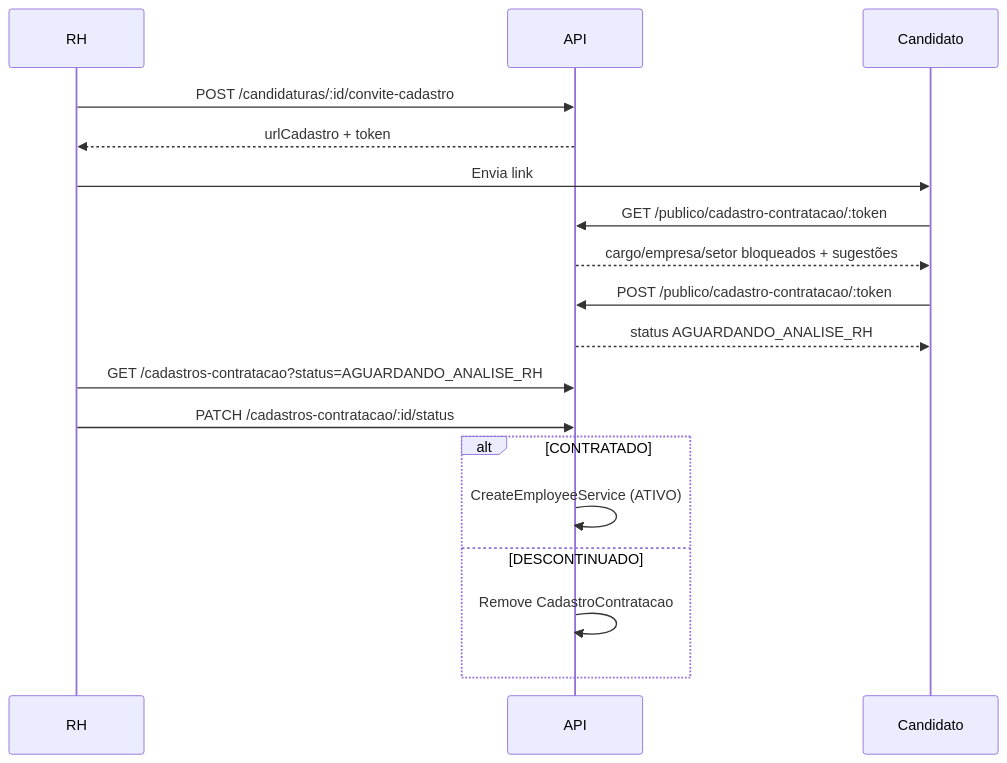
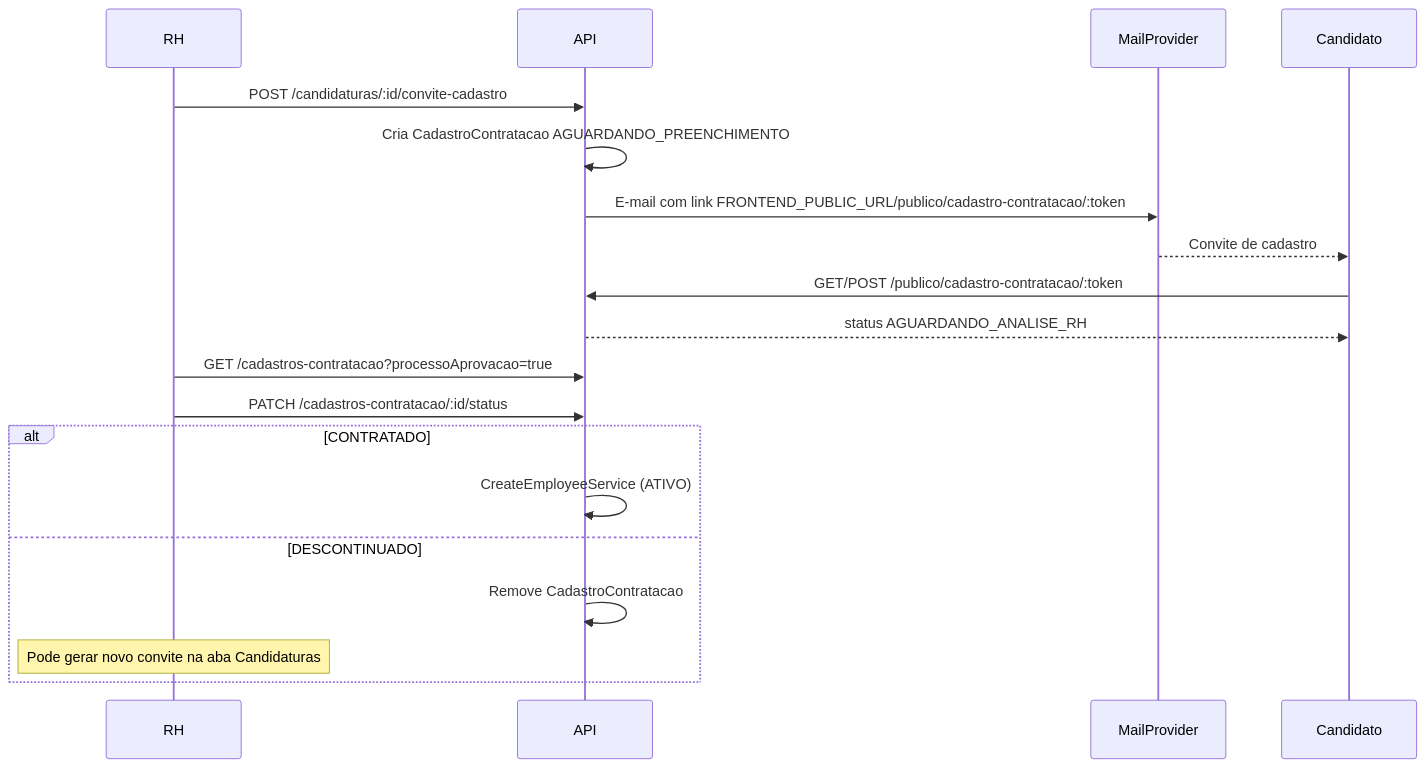
One commit to FeMolz/cvf-rh-epi-delivery changed the diagram in backend/docs/RECRUTAMENTO.md. Above: the diagram before and after it, drawn with Mermaid. The commit also changed other lines of this file and 131 other files, not shown here.

````diff
--- a/backend/docs/RECRUTAMENTO.md
+++ b/backend/docs/RECRUTAMENTO.md
@@ -64,21 +85,22 @@
 ```mermaid
 sequenceDiagram
     participant RH
     participant API
-    participant Candidato
+    participant Mail as MailProvider
+    participant Cand as Candidato
 
     RH->>API: POST /candidaturas/:id/convite-cadastro
-    API-->>RH: urlCadastro + token
-    RH->>Candidato: Envia link
-    Candidato->>API: GET /publico/cadastro-contratacao/:token
-    API-->>Candidato: cargo/empresa/setor bloqueados + sugestões
-    Candidato->>API: POST /publico/cadastro-contratacao/:token
-    API-->>Candidato: status AGUARDANDO_ANALISE_RH
-    RH->>API: GET /cadastros-contratacao?status=AGUARDANDO_ANALISE_RH
+    API->>API: Cria CadastroContratacao AGUARDANDO_PREENCHIMENTO
+    API->>Mail: E-mail com link FRONTEND_PUBLIC_URL/publico/cadastro-contratacao/:token
+    Mail-->>Cand: Convite de cadastro
+    Cand->>API: GET/POST /publico/cadastro-contratacao/:token
+    API-->>Cand: status AGUARDANDO_ANALISE_RH
+    RH->>API: GET /cadastros-contratacao?processoAprovacao=true
     RH->>API: PATCH /cadastros-contratacao/:id/status
     alt CONTRATADO
         API->>API: CreateEmployeeService (ATIVO)
     else DESCONTINUADO
         API->>API: Remove CadastroContratacao
+        Note over RH: Pode gerar novo convite na aba Candidaturas
     end
 ```
````
